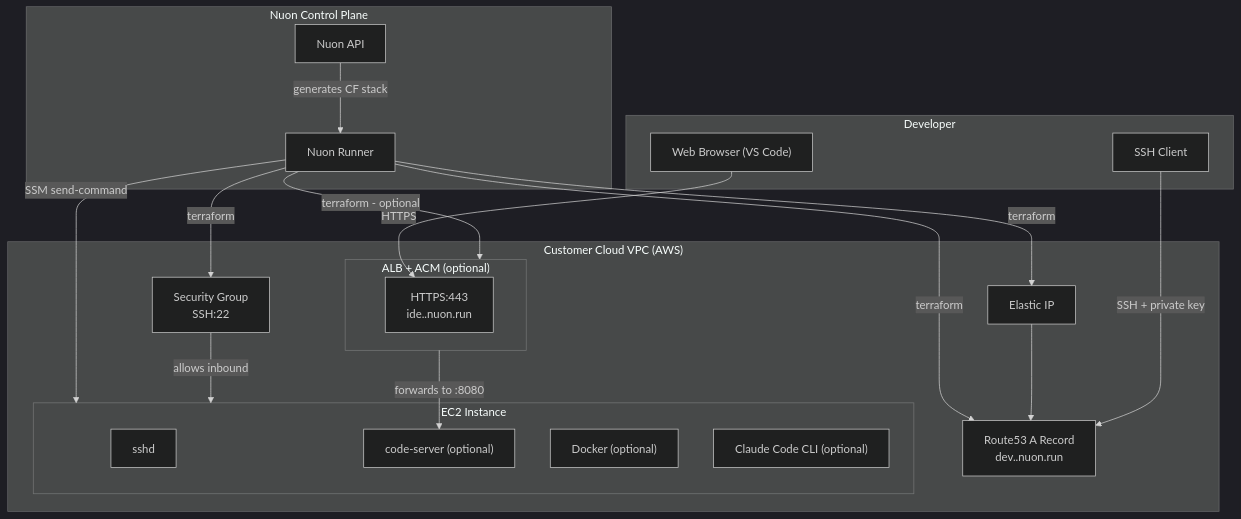
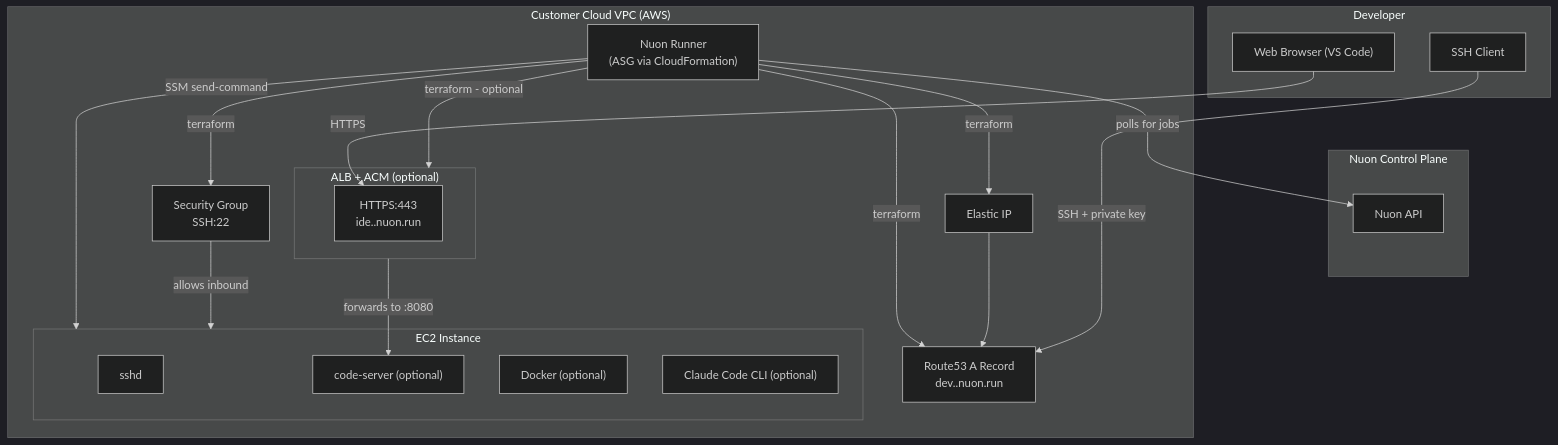
One commit to nuonco/example-app-configs changed the diagram in cde/README.md. Above: the diagram before and after it, drawn with Mermaid (dark theme). The commit also changed other lines of this file and 1 other file, not shown here.

````diff
--- a/cde/README.md
+++ b/cde/README.md
@@ -19,43 +17,44 @@
 ```mermaid
 graph TD
     subgraph Nuon["Nuon Control Plane"]
         NuonAPI["Nuon API"]
-        Runner["Nuon Runner"]
     end
 
     subgraph Developer["Developer"]
         SSHClient["SSH Client"]
         Browser["Web Browser (VS Code)"]
     end
 
     subgraph VPC["Customer Cloud VPC (AWS)"]
+        Runner["Nuon Runner\n(ASG via CloudFormation)"]
+
         subgraph EC2["EC2 Instance"]
             SSHD["sshd"]
             CodeServer["code-server (optional)"]
             Docker["Docker (optional)"]
             ClaudeCode["Claude Code CLI (optional)"]
         end
 
         EIP["Elastic IP"]
         DNS["Route53 A Record\ndev.<install-id>.nuon.run"]
         SG["Security Group\nSSH:22"]
 
         subgraph ALB["ALB + ACM (optional)"]
             HTTPS["HTTPS:443\nide.<install-id>.nuon.run"]
         end
     end
 
-    NuonAPI -->|generates CF stack| Runner
+    Runner -->|polls for jobs| NuonAPI
     Runner -->|SSM send-command| EC2
     Runner -->|terraform| EIP
     Runner -->|terraform| DNS
     Runner -->|terraform| SG
     Runner -->|terraform - optional| ALB
 
     EIP --> DNS
     SG -->|allows inbound| EC2
     ALB -->|forwards to :8080| CodeServer
 
     SSHClient -->|SSH + private key| DNS
     Browser -->|HTTPS| HTTPS
 ```
````
